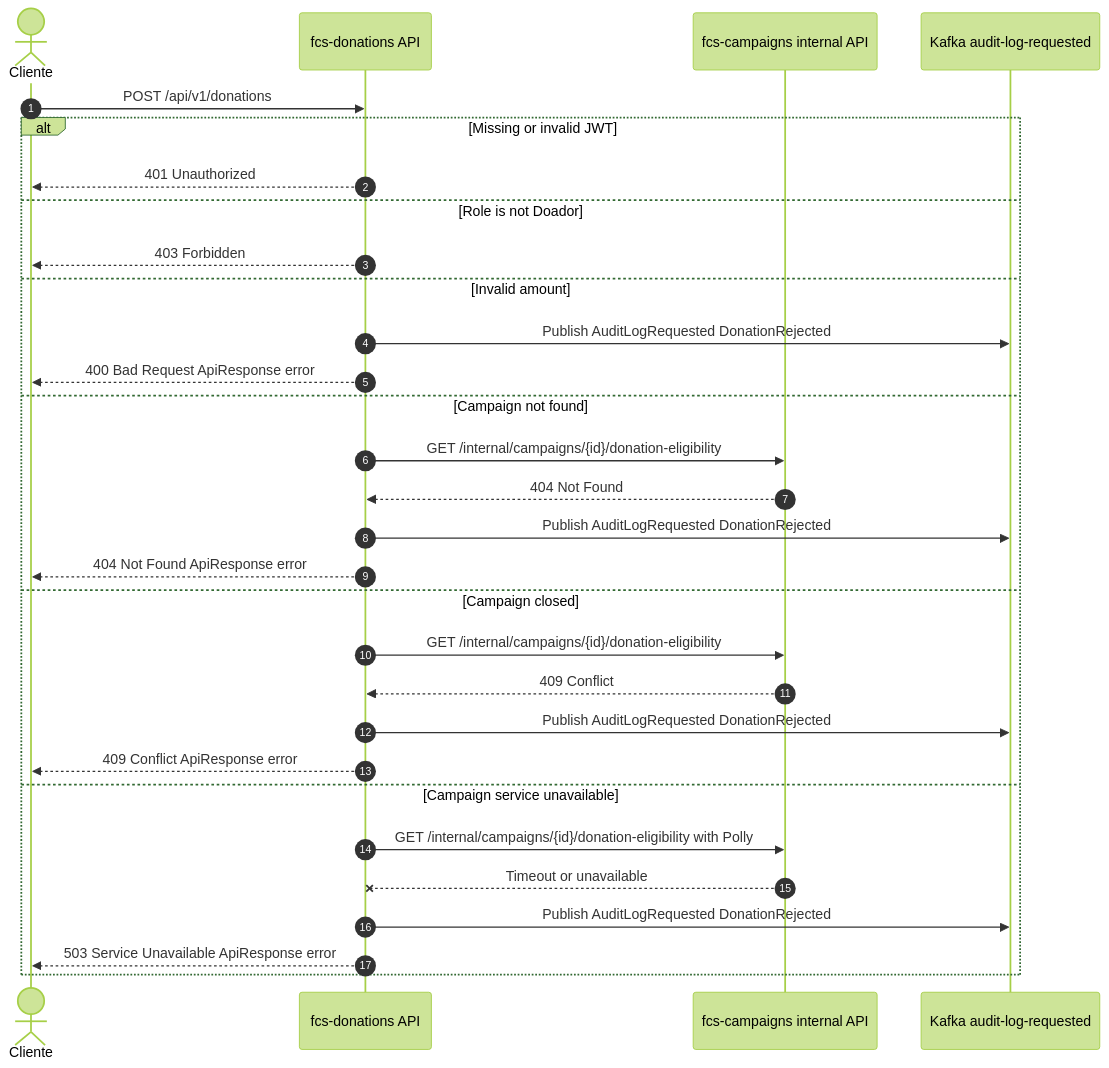
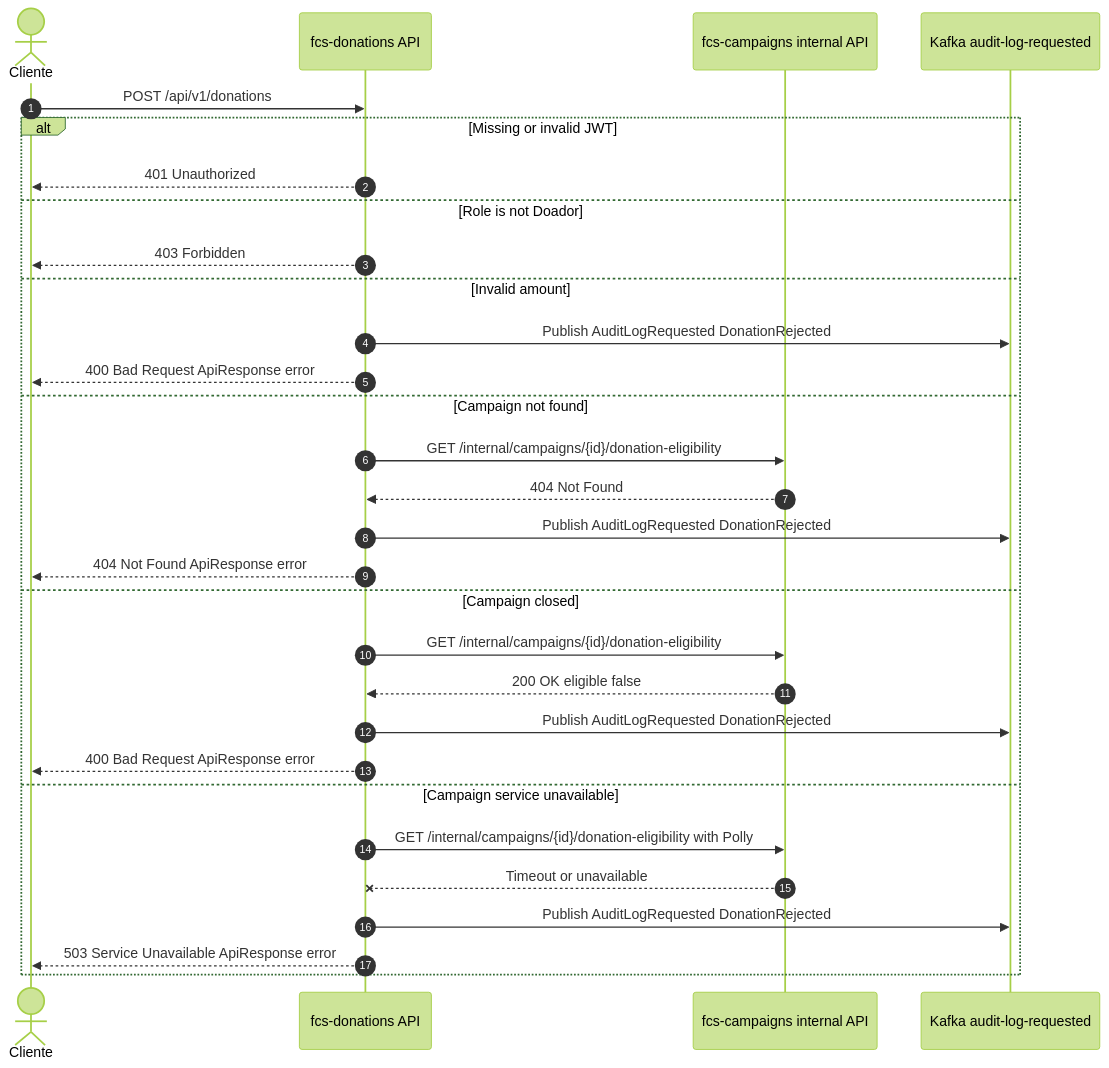
Before and after one commit to group10-tc-01/fcs-fase05-docs: diagram 21 of 30 in architecture/endpoint-flows.md, drawn with Mermaid (forest theme). The commit also changed other lines of this file and 2 other files, not shown here.

````diff
--- a/architecture/endpoint-flows.md
+++ b/architecture/endpoint-flows.md
@@ -428,33 +428,33 @@
 ```mermaid
 sequenceDiagram
     autonumber
     actor Client as Cliente
     participant DonationsApi as fcs-donations API
     participant CampaignsApi as fcs-campaigns internal API
     participant AuditKafka as Kafka audit-log-requested
 
     Client->>DonationsApi: POST /api/v1/donations
     alt Missing or invalid JWT
         DonationsApi-->>Client: 401 Unauthorized
     else Role is not Doador
         DonationsApi-->>Client: 403 Forbidden
     else Invalid amount
         DonationsApi->>AuditKafka: Publish AuditLogRequested DonationRejected
         DonationsApi-->>Client: 400 Bad Request ApiResponse error
     else Campaign not found
         DonationsApi->>CampaignsApi: GET /internal/campaigns/{id}/donation-eligibility
         CampaignsApi-->>DonationsApi: 404 Not Found
         DonationsApi->>AuditKafka: Publish AuditLogRequested DonationRejected
         DonationsApi-->>Client: 404 Not Found ApiResponse error
     else Campaign closed
         DonationsApi->>CampaignsApi: GET /internal/campaigns/{id}/donation-eligibility
-        CampaignsApi-->>DonationsApi: 409 Conflict
+        CampaignsApi-->>DonationsApi: 200 OK eligible false
         DonationsApi->>AuditKafka: Publish AuditLogRequested DonationRejected
-        DonationsApi-->>Client: 409 Conflict ApiResponse error
+        DonationsApi-->>Client: 400 Bad Request ApiResponse error
     else Campaign service unavailable
         DonationsApi->>CampaignsApi: GET /internal/campaigns/{id}/donation-eligibility with Polly
         CampaignsApi--x DonationsApi: Timeout or unavailable
         DonationsApi->>AuditKafka: Publish AuditLogRequested DonationRejected
         DonationsApi-->>Client: 503 Service Unavailable ApiResponse error
     end
 ```
````
